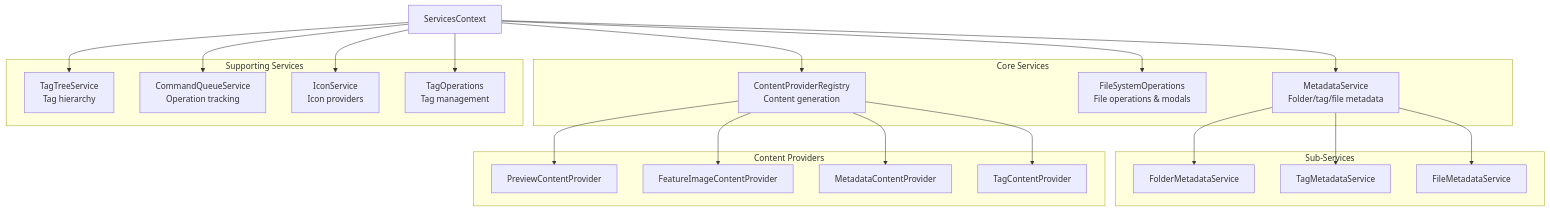
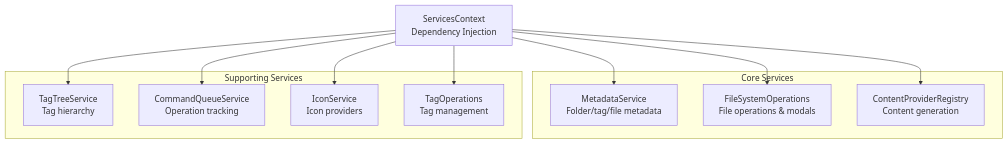
Before and after one commit to psxvoid/notebook-navigator: the first of 3 diagrams in docs/service-architecture.md, drawn with Mermaid. The commit also changed other lines of this file, not shown here.

````diff
--- a/docs/service-architecture.md
+++ b/docs/service-architecture.md
@@ -22,45 +24,25 @@
 ```mermaid
 graph TB
+    ServicesContext["ServicesContext<br/>Dependency Injection"]
+
     subgraph "Core Services"
         MetadataService["MetadataService<br/>Folder/tag/file metadata"]
         FileSystemOperations["FileSystemOperations<br/>File operations & modals"]
         ContentRegistry["ContentProviderRegistry<br/>Content generation"]
     end
 
     subgraph "Supporting Services"
         TagTreeService["TagTreeService<br/>Tag hierarchy"]
         CommandQueue["CommandQueueService<br/>Operation tracking"]
         IconService["IconService<br/>Icon providers"]
         TagOperations["TagOperations<br/>Tag management"]
     end
 
-    subgraph "Sub-Services"
-        FolderMeta["FolderMetadataService"]
-        TagMeta["TagMetadataService"]
-        FileMeta["FileMetadataService"]
-    end
-
-    subgraph "Content Providers"
-        PreviewProvider["PreviewContentProvider"]
-        ImageProvider["FeatureImageContentProvider"]
-        MetadataProvider["MetadataContentProvider"]
-        TagProvider["TagContentProvider"]
-    end
-
-    MetadataService --> FolderMeta
-    MetadataService --> TagMeta
-    MetadataService --> FileMeta
-
-    ContentRegistry --> PreviewProvider
-    ContentRegistry --> ImageProvider
-    ContentRegistry --> MetadataProvider
-    ContentRegistry --> TagProvider
-
-    ServicesContext["ServicesContext"] --> MetadataService
-    ServicesContext --> FileSystemOperations["FileSystemOperations<br/>File operations & modals"]
+    ServicesContext --> MetadataService
+    ServicesContext --> FileSystemOperations
     ServicesContext --> ContentRegistry
     ServicesContext --> TagTreeService
     ServicesContext --> CommandQueue
     ServicesContext --> IconService
     ServicesContext --> TagOperations
 ```
````
